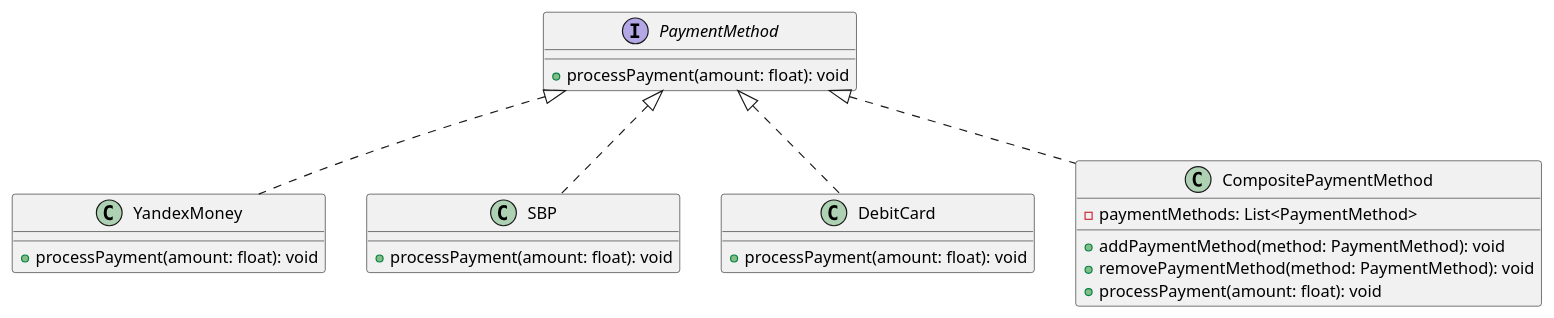
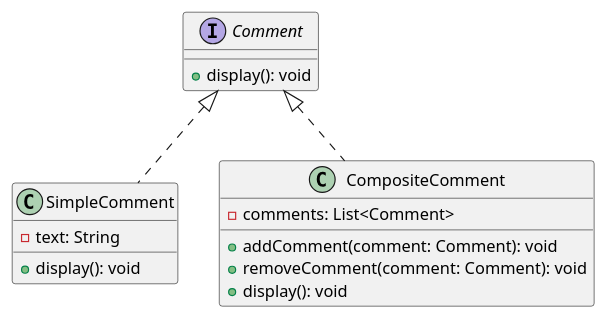
The diagram in klassifikaciya-patternov/structural-patterns/komponovshik-composite/primery/sistema-upravleniya-kommentariyami/BridgePythonExample.puml (andrewovchinnikov/design-patterns), drawn with PlantUML before and after one commit.

Commit message:
UML диаграммы для паттерна Компоновщик;

```diff
--- a/klassifikaciya-patternov/structural-patterns/komponovshik-composite/primery/sistema-upravleniya-kommentariyami/BridgePythonExample.puml
+++ b/klassifikaciya-patternov/structural-patterns/komponovshik-composite/primery/sistema-upravleniya-kommentariyami/BridgePythonExample.puml
@@ -1,24 +1,17 @@
 @startuml
-interface PaymentMethod {
-    +processPayment(amount: float): void
+interface Comment {
+    +display(): void
 }
 
-class YandexMoney implements PaymentMethod {
-    +processPayment(amount: float): void
+class SimpleComment implements Comment {
+    -text: String
+    +display(): void
 }
 
-class SBP implements PaymentMethod {
-    +processPayment(amount: float): void
-}
-
-class DebitCard implements PaymentMethod {
-    +processPayment(amount: float): void
-}
-
-class CompositePaymentMethod implements PaymentMethod {
-    -paymentMethods: List<PaymentMethod>
-    +addPaymentMethod(method: PaymentMethod): void
-    +removePaymentMethod(method: PaymentMethod): void
-    +processPayment(amount: float): void
+class CompositeComment implements Comment {
+    -comments: List<Comment>
+    +addComment(comment: Comment): void
+    +removeComment(comment: Comment): void
+    +display(): void
 }
 @enduml
```
